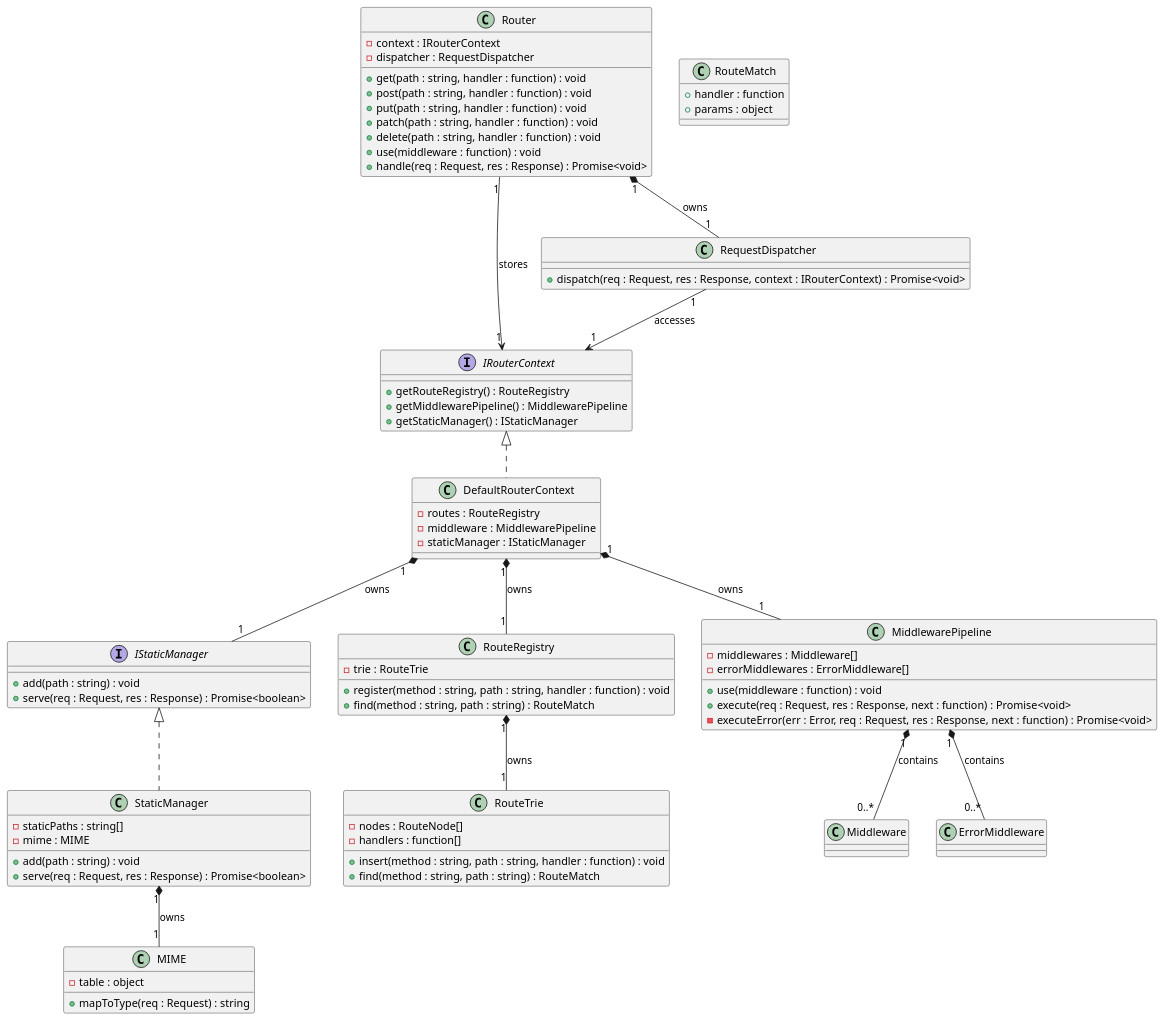
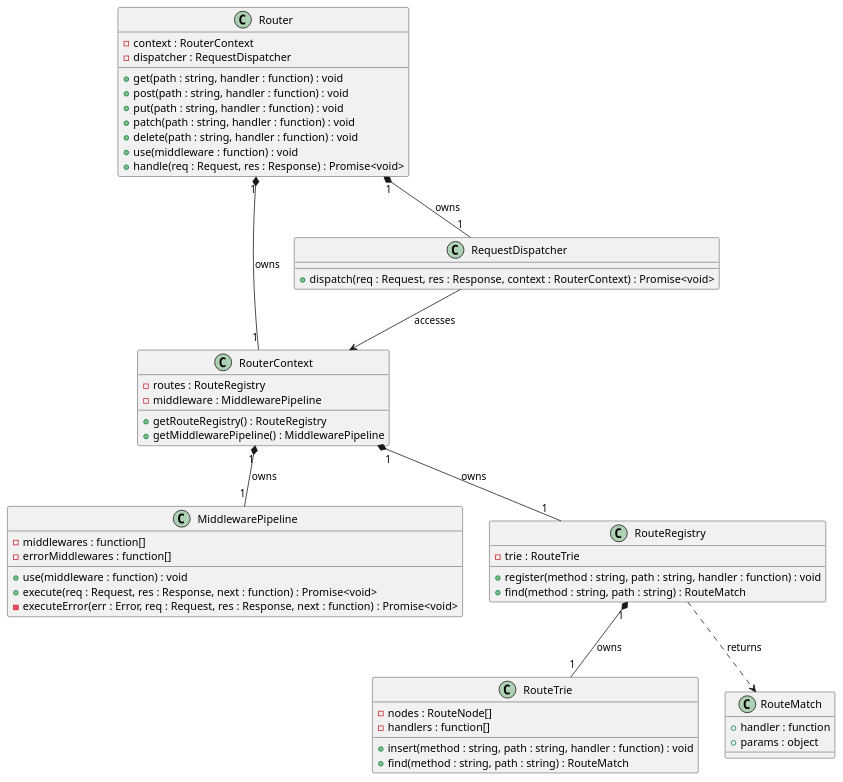
One commit to Ali-Wael-Hassan/duck-node-router changed the diagram in docs/class diagrams/diagram.puml. Above: the diagram before and after it, drawn with PlantUML. The commit also changed 18 other files, not shown here.

Commit message:
Implemented RouterContext. Updated: class diagram and architecture to be Middleware based with no unnecessary Interfaces and Strategy Patterns

```diff
--- a/docs/class diagrams/diagram.puml
+++ b/docs/class diagrams/diagram.puml
@@ -1,99 +1,68 @@
 @startuml Router
 
-interface IRouterContext {
+class RouterContext {
+    {field} - routes : RouteRegistry
+    {field} - middleware : MiddlewarePipeline
+
     {method} + getRouteRegistry() : RouteRegistry
     {method} + getMiddlewarePipeline() : MiddlewarePipeline
-    {method} + getStaticManager() : IStaticManager
-}
-
-interface IStaticManager {
-    {method} + add(path : string) : void
-    {method} + serve(req : Request, res : Response) : Promise<boolean>
-}
-
-class DefaultRouterContext {
-    {field} - routes : RouteRegistry
-    {field} - middleware : MiddlewarePipeline
-    {field} - staticManager : IStaticManager
 }
 
 class Router {
-    {field} - context : IRouterContext
+    {field} - context : RouterContext
     {field} - dispatcher : RequestDispatcher
 
     {method} + get(path : string, handler : function) : void
     {method} + post(path : string, handler : function) : void
     {method} + put(path : string, handler : function) : void
     {method} + patch(path : string, handler : function) : void
     {method} + delete(path : string, handler : function) : void
     {method} + use(middleware : function) : void
     {method} + handle(req : Request, res : Response) : Promise<void>
+}
+
+class MiddlewarePipeline {
+    {field} - middlewares : function[]
+    {field} - errorMiddlewares : function[]
+
+    {method} + use(middleware : function) : void
+    {method} + execute(req : Request, res : Response, next : function) : Promise<void>
+    {method} - executeError(err : Error, req : Request, res : Response, next : function) : Promise<void>
 }
 
 class RouteRegistry {
     {field} - trie : RouteTrie
 
     {method} + register(method : string, path : string, handler : function) : void
     {method} + find(method : string, path : string) : RouteMatch
 }
 
 class RouteTrie {
     {field} - nodes : RouteNode[]
     {field} - handlers : function[]
 
     {method} + insert(method : string, path : string, handler : function) : void
     {method} + find(method : string, path : string) : RouteMatch
 }
 
-class MiddlewarePipeline {
-    {field} - middlewares : Middleware[]
-    {field} - errorMiddlewares : ErrorMiddleware[]
-
-    {method} + use(middleware : function) : void
-    {method} + execute(req : Request, res : Response, next : function) : Promise<void>
-    {method} - executeError(err : Error, req : Request, res : Response, next : function) : Promise<void>
-}
-
-class StaticManager {
-    {field} - staticPaths : string[]
-    {field} - mime : MIME
-
-    {method} + add(path : string) : void
-    {method} + serve(req : Request, res : Response) : Promise<boolean>
-}
-
 class RequestDispatcher {
-    {method} + dispatch(req : Request, res : Response, context : IRouterContext) : Promise<void>
-}
-
-class MIME {
-    {field} - table : object
-
-    {method} + mapToType(req : Request) : string
+    {method} + dispatch(req : Request, res : Response, context : RouterContext) : Promise<void>
 }
 
 class RouteMatch {
     {field} + handler : function
     {field} + params : object
 }
 
-IRouterContext <|.. DefaultRouterContext
-IStaticManager <|.. StaticManager
+Router "1" *-- "1" RouterContext : owns
+Router "1" *-- "1" RequestDispatcher : owns
 
-Router "1" *-- "1" RequestDispatcher : owns
-Router "1" --> "1" IRouterContext : stores
-
-DefaultRouterContext "1" *-- "1" RouteRegistry : owns
-DefaultRouterContext "1" *-- "1" MiddlewarePipeline : owns
-DefaultRouterContext "1" *-- "1" IStaticManager : owns
+RouterContext "1" *-- "1" RouteRegistry : owns
+RouterContext "1" *-- "1" MiddlewarePipeline : owns
 
 RouteRegistry "1" *-- "1" RouteTrie : owns
+RouteRegistry ..> RouteMatch : returns
 
-MiddlewarePipeline "1" *-- "0..*" Middleware : contains
-MiddlewarePipeline "1" *-- "0..*" ErrorMiddleware : contains
-
-StaticManager "1" *-- "1" MIME : owns
-
-RequestDispatcher "1" --> "1" IRouterContext : accesses
+RequestDispatcher --> RouterContext : accesses
 
 @enduml
```
